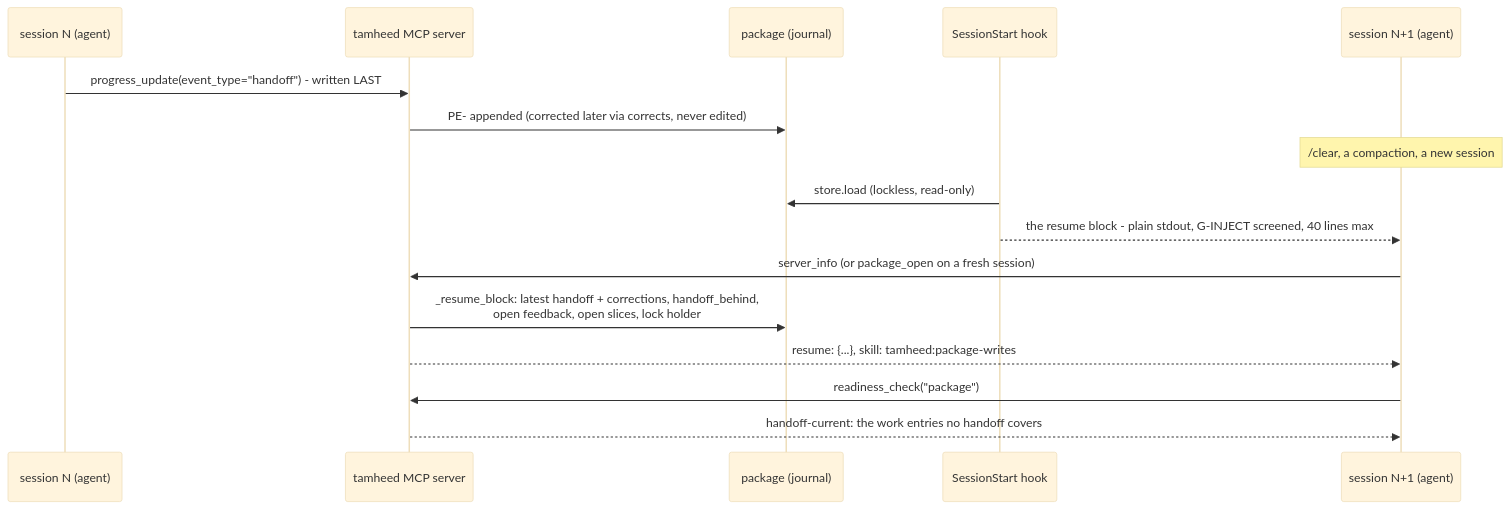
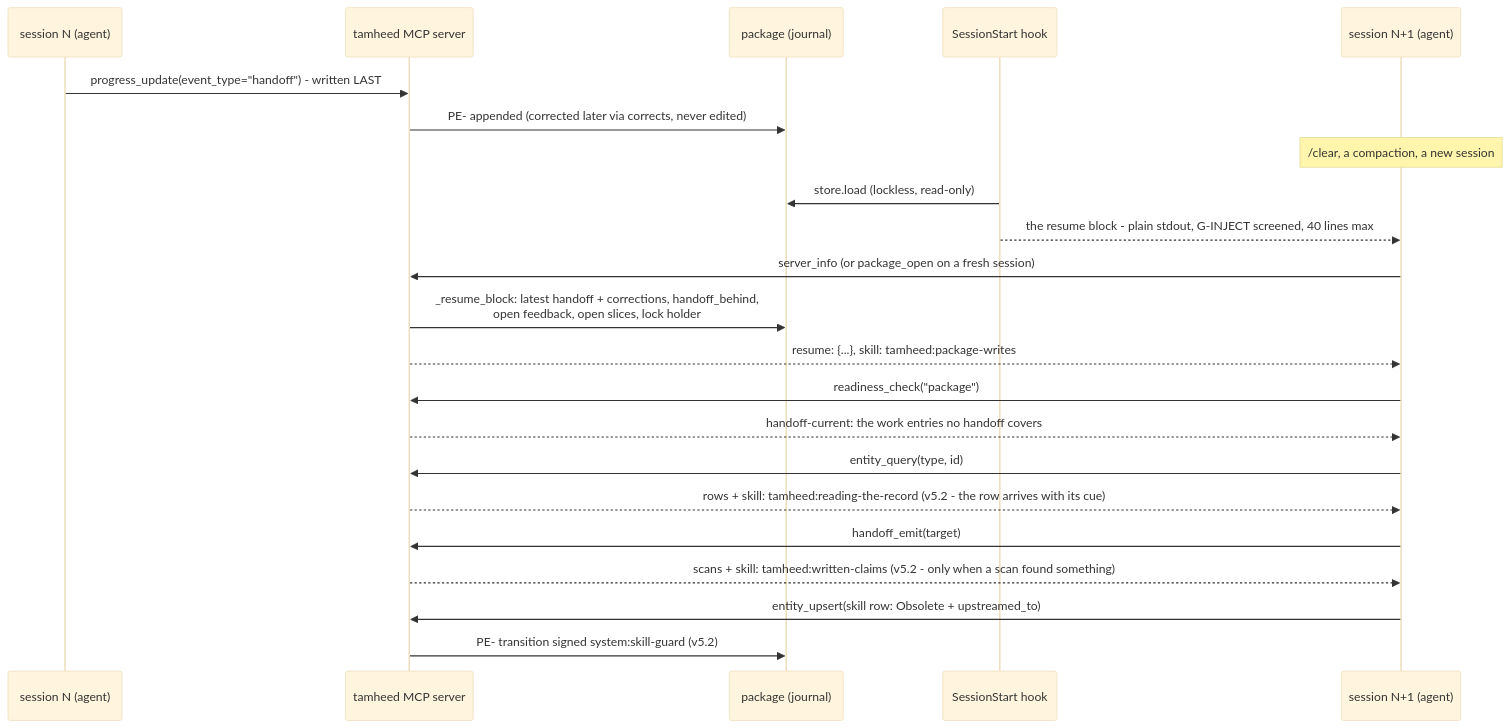
The fourth of 5 diagrams in docs/architecture.md (A-H-911/tamheed), drawn with Mermaid (base theme) before and after one commit. The commit also changed other lines of this file and 8 other files, not shown here.

First line of the commit message:
docs: plan 133 - the v5.2.0 docs and diagrams sweep (design-decisions §14, the resume sequence gains the two cues and the skill guard, the E-list corrections, the plans index and batch record)

````diff
--- a/docs/architecture.md
+++ b/docs/architecture.md
@@ -225,18 +225,24 @@
 ```mermaid
 sequenceDiagram
     participant A1 as session N (agent)
     participant S as tamheed MCP server
     participant P as package (journal)
     participant H as SessionStart hook
     participant A2 as session N+1 (agent)
     A1->>S: progress_update(event_type="handoff") - written LAST
     S->>P: PE- appended (corrected later via corrects, never edited)
     Note over A2: /clear, a compaction, a new session
     H->>P: store.load (lockless, read-only)
     H-->>A2: the resume block - plain stdout, G-INJECT screened, 40 lines max
     A2->>S: server_info (or package_open on a fresh session)
     S->>P: _resume_block: latest handoff + corrections, handoff_behind,<br/>open feedback, open slices, lock holder
     S-->>A2: resume: {...}, skill: tamheed:package-writes
     A2->>S: readiness_check("package")
     S-->>A2: handoff-current: the work entries no handoff covers
+    A2->>S: entity_query(type, id)
+    S-->>A2: rows + skill: tamheed:reading-the-record (v5.2 - the row arrives with its cue)
+    A2->>S: handoff_emit(target)
+    S-->>A2: scans + skill: tamheed:written-claims (v5.2 - only when a scan found something)
+    A2->>S: entity_upsert(skill row: Obsolete + upstreamed_to)
+    S->>P: PE- transition signed system:skill-guard (v5.2)
 ```
````
